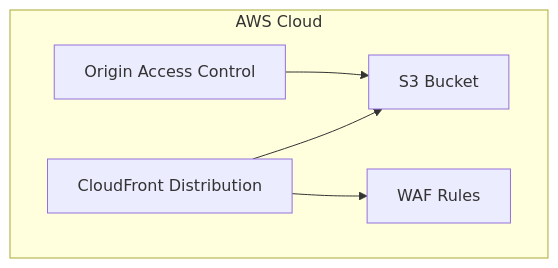
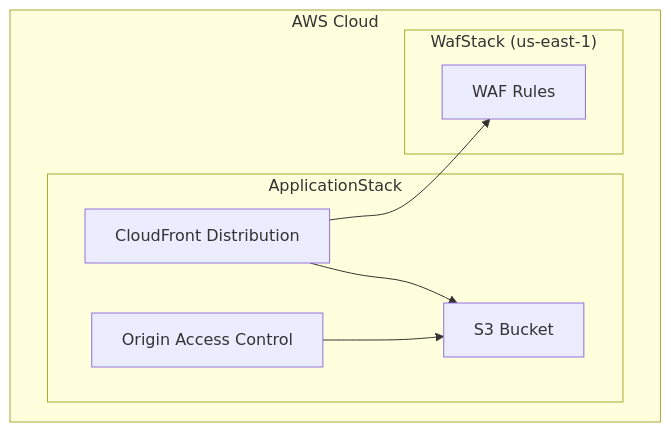
Before and after one commit to mteichtahl/nx-plugin-for-aws: the diagram in packages/nx-plugin/src/cloudscape-website/app/README.md, drawn with Mermaid. The commit also changed other lines of this file and 128 other files, not shown here.

````diff
--- a/packages/nx-plugin/src/cloudscape-website/app/README.md
+++ b/packages/nx-plugin/src/cloudscape-website/app/README.md
@@ -103,8 +113,13 @@
 ```mermaid
 graph TD
     subgraph AWS Cloud
+      CF --> WAF
+      subgraph ApplicationStack
         CF[CloudFront Distribution] --> S3[S3 Bucket]
-        CF --> WAF[WAF Rules]
         OAC[Origin Access Control] --> S3
+      end
+      subgraph "WafStack (us-east-1)"
+        WAF[WAF Rules]
+      end
     end
 ```
````
